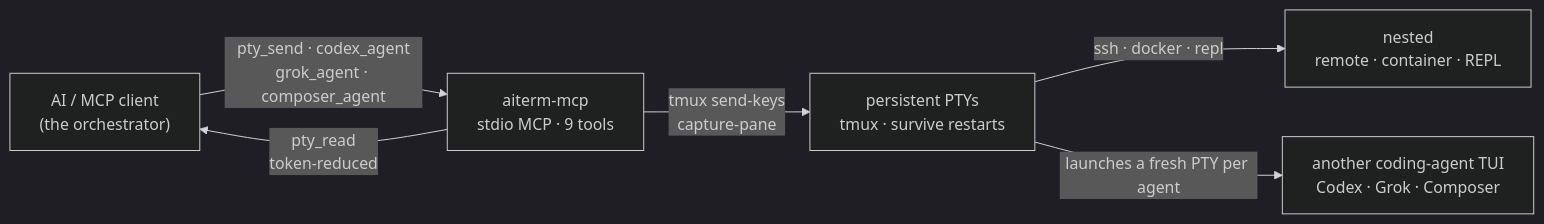
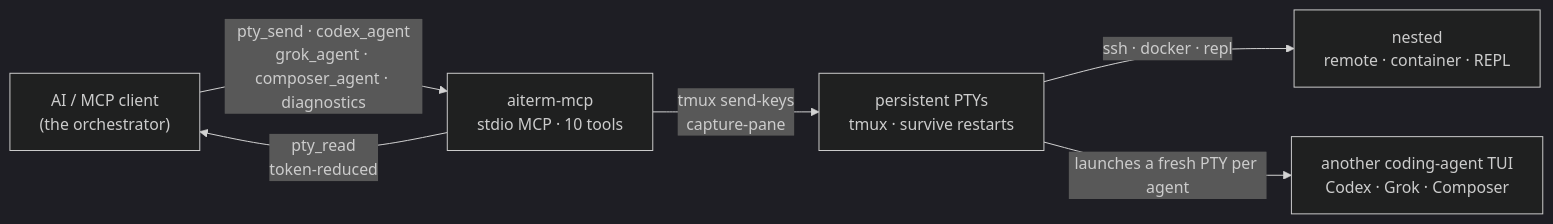
The diagram in README.ja.md (kitepon-rgb/aiterm-mcp), drawn with Mermaid (dark theme) before and after one commit. The commit also changed other lines of this file and 17 other files, not shown here.

````diff
--- a/README.ja.md
+++ b/README.ja.md
@@ -168,8 +168,8 @@
 ```mermaid
 flowchart LR
-    AI["AI / MCP client<br/>(the orchestrator)"] -->|"pty_send · codex_agent<br/>grok_agent · composer_agent"| S["aiterm-mcp<br/>stdio MCP · 9 tools"]
+    AI["AI / MCP client<br/>(the orchestrator)"] -->|"pty_send · codex_agent<br/>grok_agent · composer_agent · diagnostics"| S["aiterm-mcp<br/>stdio MCP · 10 tools"]
     S -->|"pty_read<br/>token-reduced"| AI
     S -->|"tmux send-keys<br/>capture-pane"| P["persistent PTYs<br/>tmux · survive restarts"]
     P -->|"ssh · docker · repl"| R["nested<br/>remote · container · REPL"]
     P -->|"launches a fresh PTY per agent"| A["another coding-agent TUI<br/>Codex · Grok · Composer"]
 ```
````
